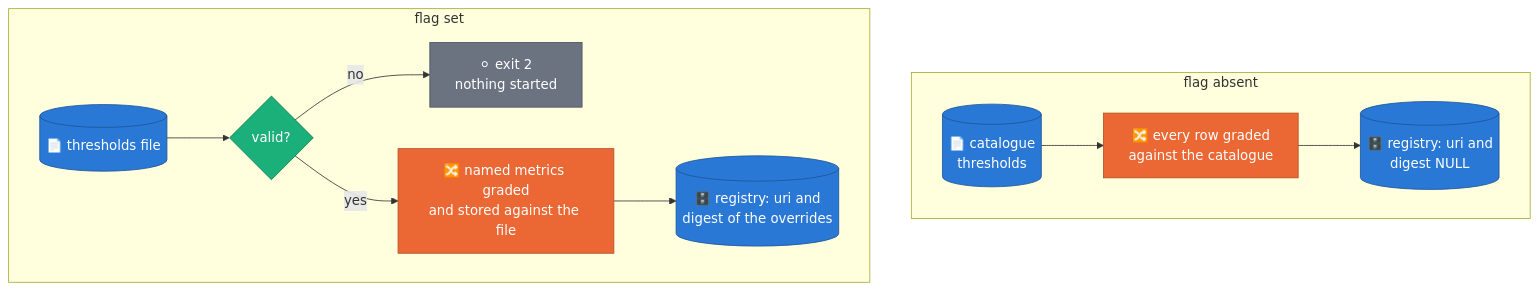
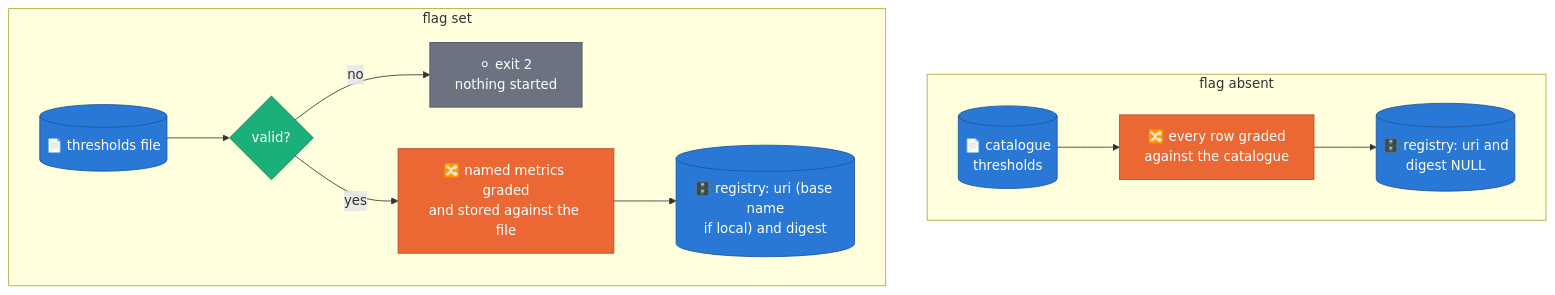
Diagram 23 of 27 in docs/designs/2026-07-07-evaluation-framework-design.md (albertols/synthetic-llm-dataflow-bigquery), drawn with Mermaid before and after one commit. The commit also changed other lines of this file and 3 other files, not shown here.

Commit message:
docs(evaluation): Task 30 review round 1 — scope statuses as built, interim CPU figure, catalogue check runs in CI (R105)

````diff
--- a/docs/designs/2026-07-07-evaluation-framework-design.md
+++ b/docs/designs/2026-07-07-evaluation-framework-design.md
@@ -1717,15 +1773,15 @@
 ```mermaid
 flowchart TB
   classDef beam  fill:#eb6834,color:#fff,stroke:#b44f26
   classDef cpu   fill:#1baf7a,color:#fff,stroke:#127a55
   classDef store fill:#2a78d6,color:#fff,stroke:#1d5599
   classDef data  fill:#6b7280,color:#fff,stroke:#4b5563
   subgraph NO["flag absent"]
     N1[("📄 catalogue<br/>thresholds")]:::store --> N2["🔀 every row graded<br/>against the catalogue"]:::beam --> N3[("🗄️ registry: uri and<br/>digest NULL")]:::store
   end
   subgraph YES["flag set"]
     Y1[("📄 thresholds file")]:::store --> Y2{"valid?"}:::cpu
     Y2 -- "no" --> Y3["⚪ exit 2<br/>nothing started"]:::data
-    Y2 -- "yes" --> Y4["🔀 named metrics graded<br/>and stored against the file"]:::beam --> Y5[("🗄️ registry: uri and<br/>digest of the overrides")]:::store
+    Y2 -- "yes" --> Y4["🔀 named metrics graded<br/>and stored against the file"]:::beam --> Y5[("🗄️ registry: uri (base name<br/>if local) and digest")]:::store
   end
 ```
````
